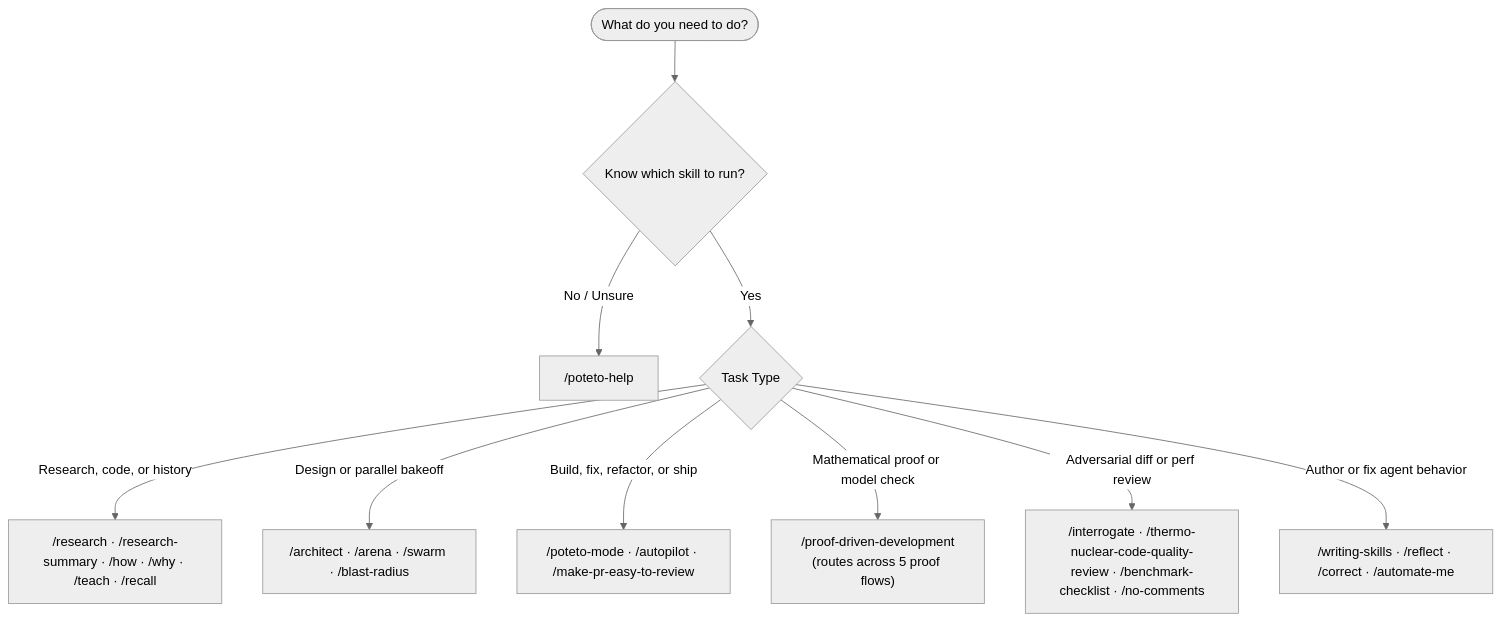
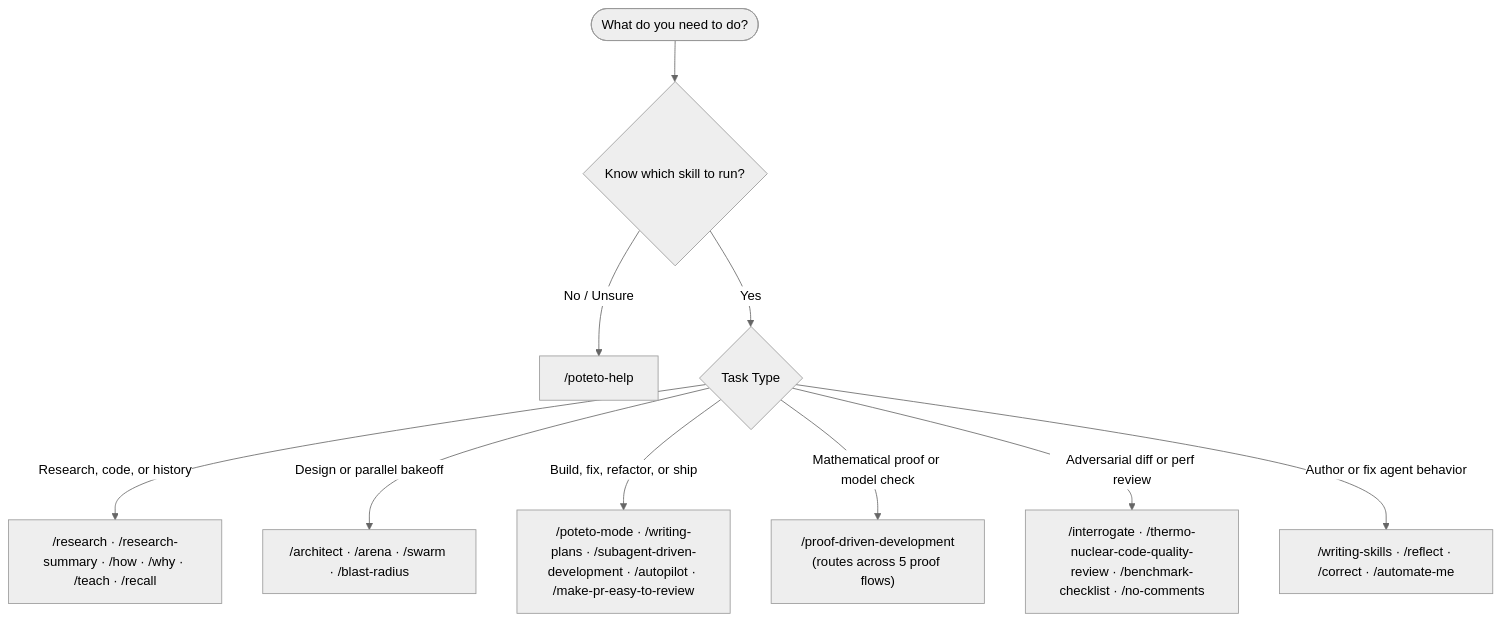
One commit to PhillipChaffee/.agents changed the second of 3 diagrams in README.md. Above: the diagram before and after it, drawn with Mermaid (neutral theme). The commit also changed other lines of this file and 23 other files, not shown here.

Commit message:
feat(skills): add writing-plans and subagent-driven-development from superpowers

````diff
--- a/README.md
+++ b/README.md
@@ -74,13 +74,13 @@
 ```mermaid
 flowchart TD
     Start(["What do you need to do?"]) --> Q1{"Know which skill to run?"}
     Q1 -->|"No / Unsure"| Help["/poteto-help"]
     Q1 -->|"Yes"| Q2{"Task Type"}
 
     Q2 -->|"Research, code, or history"| Understand["/research · /research-summary · /how · /why · /teach · /recall"]
     Q2 -->|"Design or parallel bakeoff"| Design["/architect · /arena · /swarm · /blast-radius"]
-    Q2 -->|"Build, fix, refactor, or ship"| Execute["/poteto-mode · /autopilot · /make-pr-easy-to-review"]
+    Q2 -->|"Build, fix, refactor, or ship"| Execute["/poteto-mode · /writing-plans · /subagent-driven-development · /autopilot · /make-pr-easy-to-review"]
     Q2 -->|"Mathematical proof or model check"| Prove["/proof-driven-development<br/>(routes across 5 proof flows)"]
     Q2 -->|"Adversarial diff or perf review"| Review["/interrogate · /thermo-nuclear-code-quality-review · /benchmark-checklist · /no-comments"]
     Q2 -->|"Author or fix agent behavior"| Meta["/writing-skills · /reflect · /correct · /automate-me"]
 ```
````
